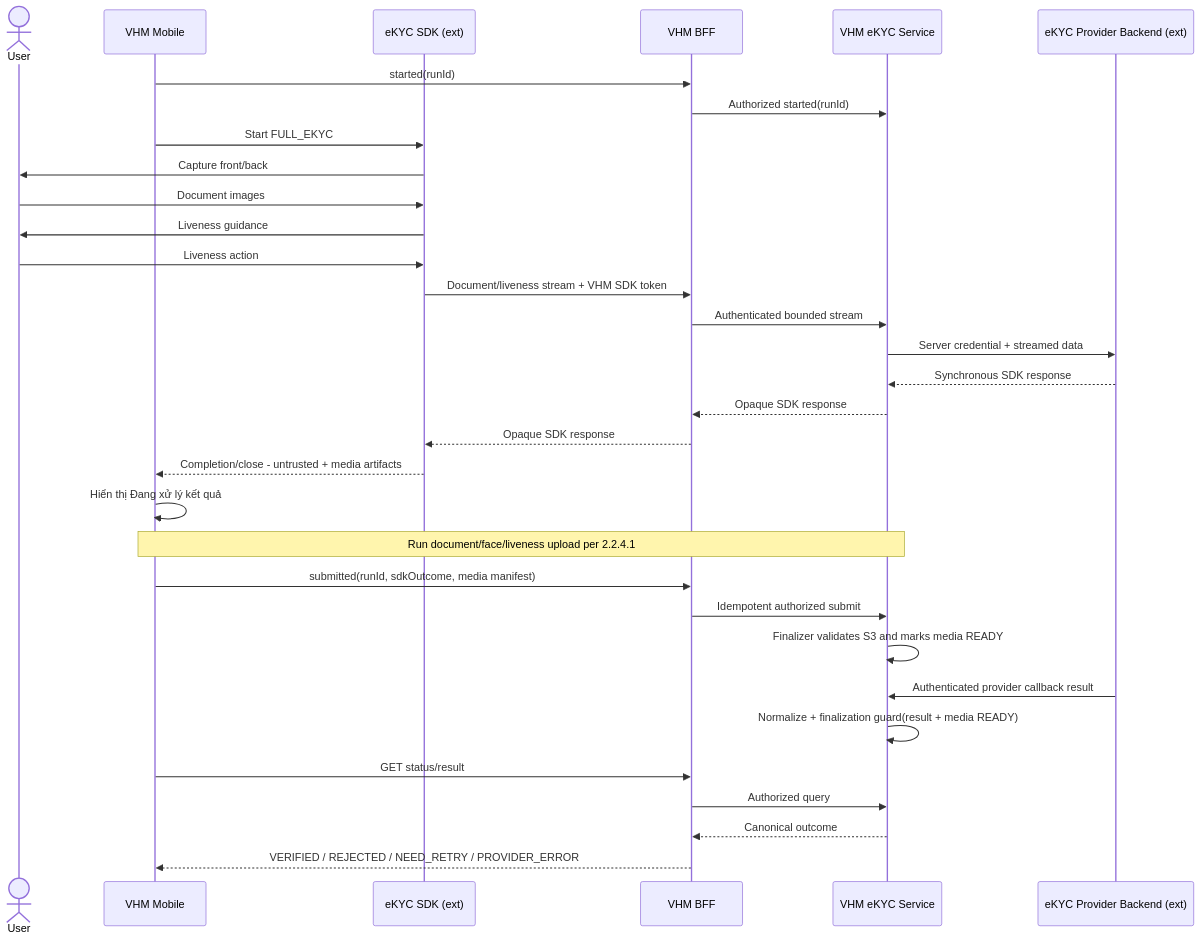
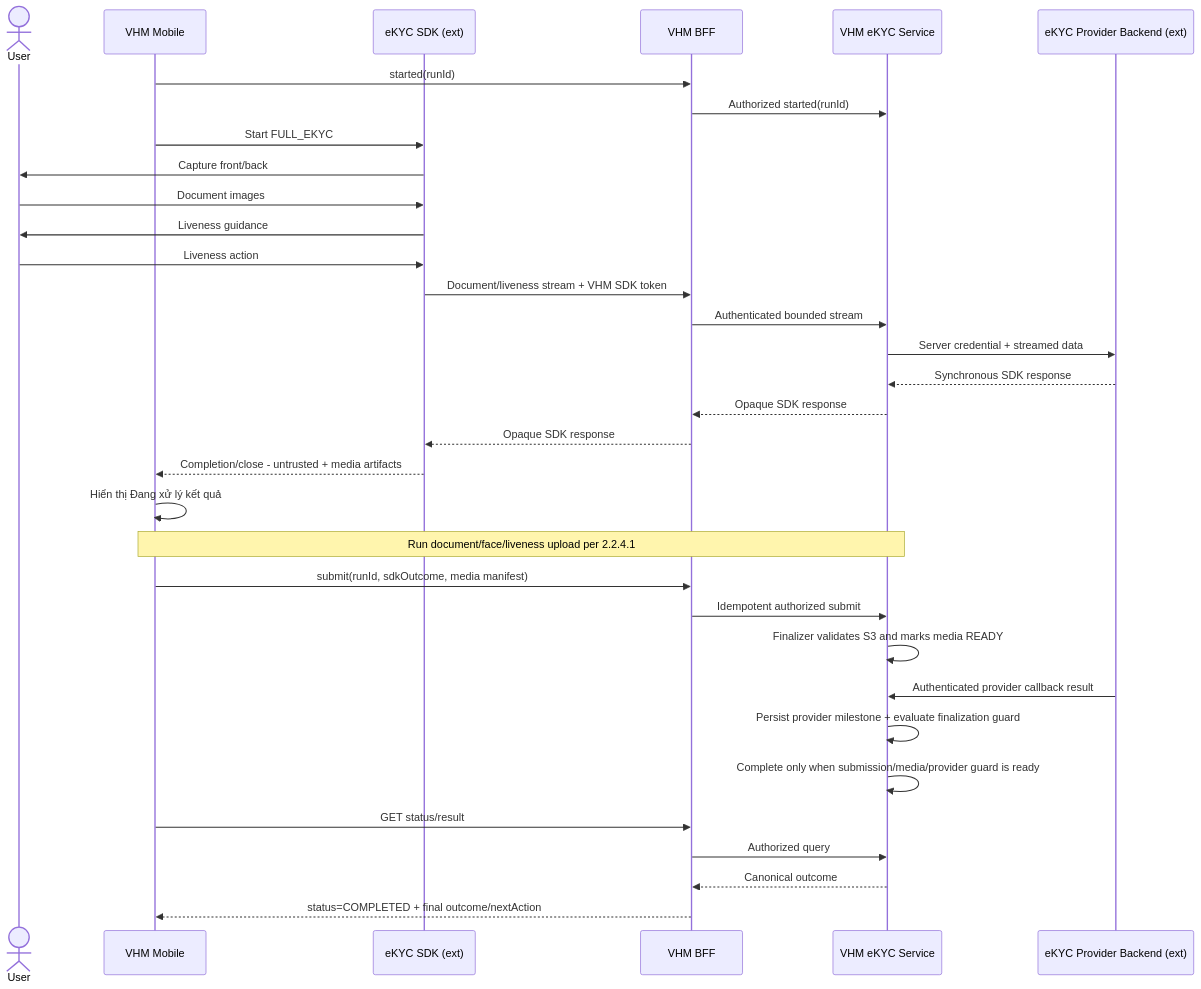
One commit to huynv-xyz/vhm changed diagram 13 of 19 in tdd2.md. Above: the diagram before and after it, drawn with Mermaid. The commit also changed other lines of this file, not shown here.

````diff
--- a/tdd2.md
+++ b/tdd2.md
@@ -1220,34 +1211,35 @@
 ```mermaid
 sequenceDiagram
     actor User
     participant APP as VHM Mobile
     participant SDK as eKYC SDK (ext)
     participant BFF as VHM BFF
     participant EKYC_SERVICE as VHM eKYC Service
     participant BACKEND as eKYC Provider Backend (ext)
     APP->>BFF: started(runId)
     BFF->>EKYC_SERVICE: Authorized started(runId)
     APP->>SDK: Start FULL_EKYC
     SDK->>User: Capture front/back
     User->>SDK: Document images
     SDK->>User: Liveness guidance
     User->>SDK: Liveness action
     SDK->>BFF: Document/liveness stream + VHM SDK token
     BFF->>EKYC_SERVICE: Authenticated bounded stream
     EKYC_SERVICE->>BACKEND: Server credential + streamed data
     BACKEND-->>EKYC_SERVICE: Synchronous SDK response
     EKYC_SERVICE-->>BFF: Opaque SDK response
     BFF-->>SDK: Opaque SDK response
     SDK-->>APP: Completion/close - untrusted + media artifacts
     APP->>APP: Hiển thị Đang xử lý kết quả
     Note over APP,EKYC_SERVICE: Run document/face/liveness upload per 2.2.4.1
-    APP->>BFF: submitted(runId, sdkOutcome, media manifest)
+    APP->>BFF: submit(runId, sdkOutcome, media manifest)
     BFF->>EKYC_SERVICE: Idempotent authorized submit
     EKYC_SERVICE->>EKYC_SERVICE: Finalizer validates S3 and marks media READY
     BACKEND->>EKYC_SERVICE: Authenticated provider callback result
-    EKYC_SERVICE->>EKYC_SERVICE: Normalize + finalization guard(result + media READY)
+    EKYC_SERVICE->>EKYC_SERVICE: Persist provider milestone + evaluate finalization guard
+    EKYC_SERVICE->>EKYC_SERVICE: Complete only when submission/media/provider guard is ready
     APP->>BFF: GET status/result
     BFF->>EKYC_SERVICE: Authorized query
     EKYC_SERVICE-->>BFF: Canonical outcome
-    BFF-->>APP: VERIFIED / REJECTED / NEED_RETRY / PROVIDER_ERROR
+    BFF-->>APP: status=COMPLETED + final outcome/nextAction
 ```
````
